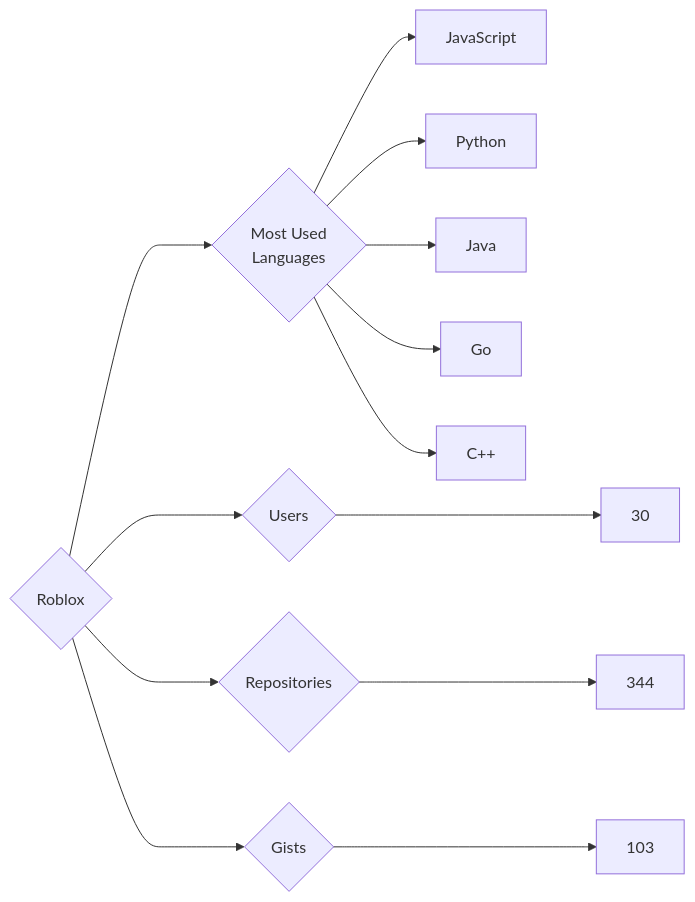
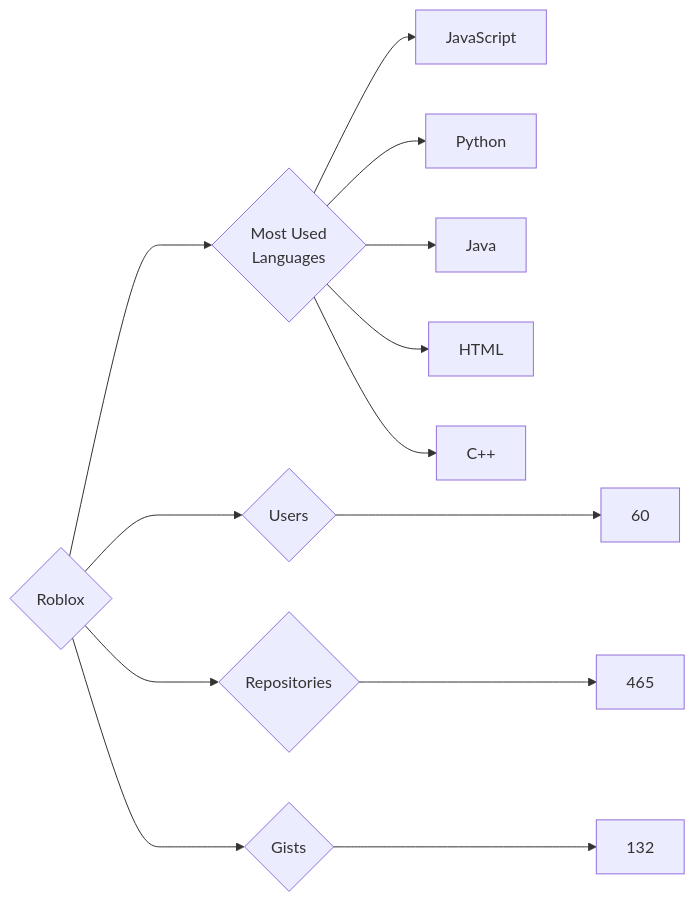
The diagram in targets/Roblox/README.md (trickest/insiders), drawn with Mermaid before and after one commit. The commit also changed 1011 other files, not shown here.

````diff
--- a/targets/Roblox/README.md
+++ b/targets/Roblox/README.md
@@ -3,13 +3,13 @@
 ```mermaid
 graph LR
 COMPANY_NAME{Roblox}
-COMPANY_NAME ---> U{Users} ---> UN[30]
-COMPANY_NAME ---> R{Repositories} ---> RN[344]
-COMPANY_NAME ---> G{Gists} ---> GN[103]
+COMPANY_NAME ---> U{Users} ---> UN[60]
+COMPANY_NAME ---> R{Repositories} ---> RN[465]
+COMPANY_NAME ---> G{Gists} ---> GN[132]
 COMPANY_NAME ---> ML{Most Used<br>Languages}
 ML --> JavaScript[JavaScript]
 ML --> Python[Python]
 ML --> Java[Java]
-ML --> Go[Go]
+ML --> HTML[HTML]
 ML --> C++[C++]
 ```
````
